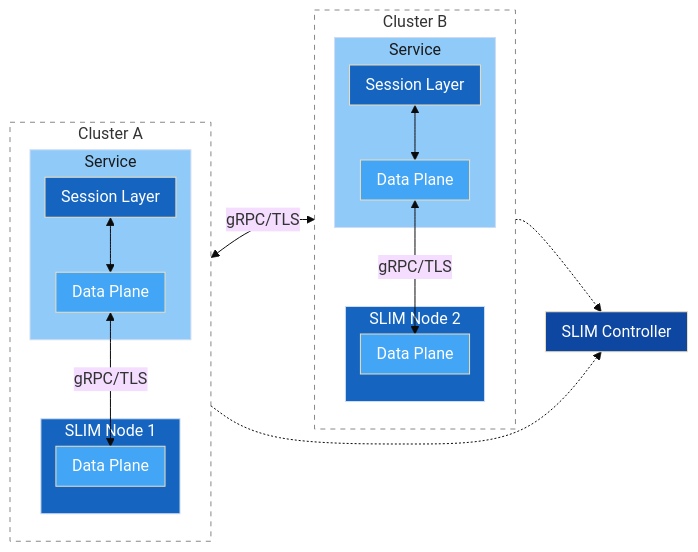
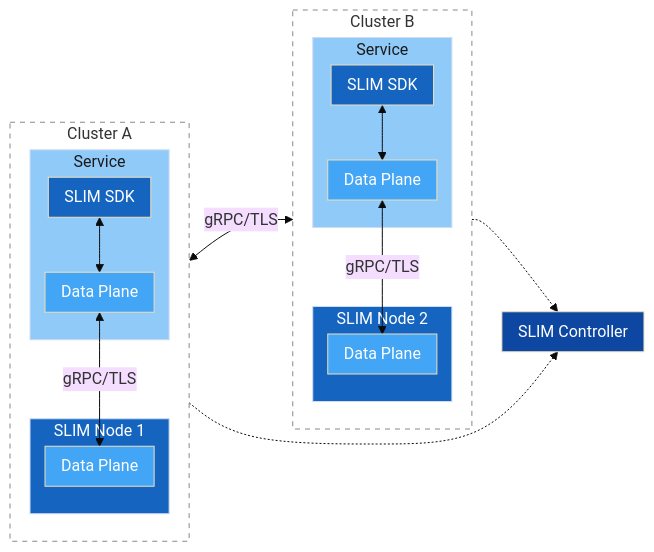
The third of 9 diagrams in presentations/slim-multicluster-demo/slim-multicluster-demo.md (agntcy/blogs), drawn with Mermaid (base theme) before and after one commit. The commit also changed other lines of this file, not shown here.

````diff
--- a/presentations/slim-multicluster-demo/slim-multicluster-demo.md
+++ b/presentations/slim-multicluster-demo/slim-multicluster-demo.md
@@ -156,47 +156,47 @@
 ```mermaid
 %%{init: {'flowchart': {'nodeSpacing': 10, 'rankSpacing': 30, 'padding': 8}}}%%
 graph LR
     subgraph ClusterA["Cluster A"]
         direction TB
         subgraph SA["Service"]
-            SLA[Session Layer]
+            SLA[SLIM SDK]
             DPA[Data Plane]
             SLA <--> DPA
         end
         subgraph SN1["SLIM Node 1"]
             DPN1[Data Plane]
         end
         DPA <-- "gRPC/TLS" --> DPN1
     end
 
     DPN1 <-- "gRPC/TLS" --> DPN2
     SN1 -.-> CP[SLIM Controller]
     SN2 -.-> CP
 
     subgraph ClusterB["Cluster B"]
         direction TB
         subgraph SB["Service"]
-            SLB[Session Layer]
+            SLB[SLIM SDK]
             DPB[Data Plane]
             SLB <--> DPB
         end
         subgraph SN2["SLIM Node 2"]
             DPN2[Data Plane]
         end
         DPB <-- "gRPC/TLS" --> DPN2
     end
 
     style CP fill:#0D47A1,color:#fff
     style SA fill:#90CAF9,color:#1a1a1a
     style SB fill:#90CAF9,color:#1a1a1a
     style SLA fill:#1565C0,color:#fff
     style SLB fill:#1565C0,color:#fff
     style DPA fill:#42A5F5,color:#fff
     style DPB fill:#42A5F5,color:#fff
     style SN1 fill:#1565C0,color:#fff
     style SN2 fill:#1565C0,color:#fff
     style DPN1 fill:#42A5F5,color:#fff
     style DPN2 fill:#42A5F5,color:#fff
     style ClusterA fill:none,stroke:#888,stroke-dasharray: 5 5,color:#333
     style ClusterB fill:none,stroke:#888,stroke-dasharray: 5 5,color:#333
 ```
````
